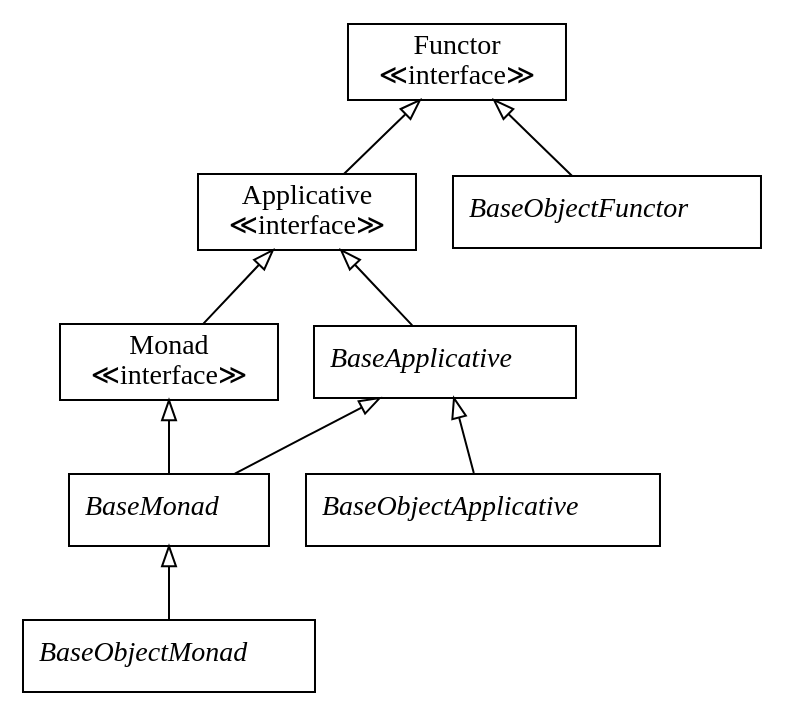
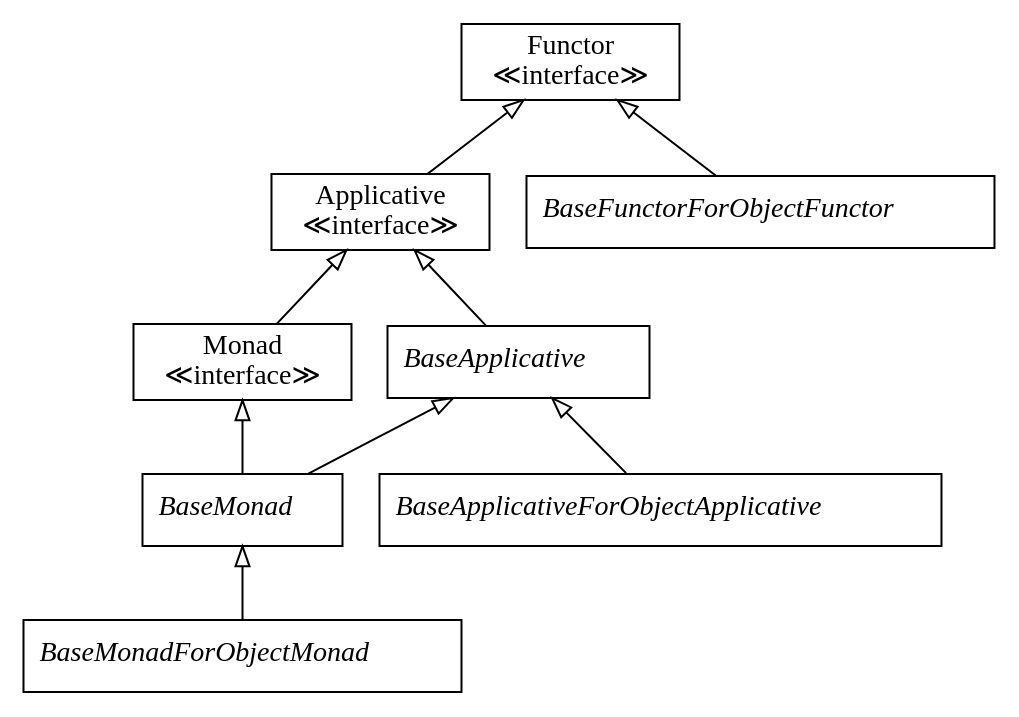
The diagram in docs/img/dot/typeclasses-impl.dot (tmciver/functional-php), drawn with Graphviz before and after one commit. The commit also changed 12 other files, not shown here.

Commit message:
Rename some of the classes involved with implementing Functor-Applicative- Monad interfaces. Update architecture diagrams.

```diff
--- a/docs/img/dot/typeclasses-impl.dot
+++ b/docs/img/dot/typeclasses-impl.dot
@@ -1,54 +1,54 @@
 digraph Typeclasses {
         node [
              shape = "record"
         ]
 
         edge [
              arrowtail = "empty"
         ]
 
         Functor [
              label = "Functor\n&#x226a;interface&#x226b;"
         ]
 
         Applicative [
              label = "Applicative\n&#x226a;interface&#x226b;"
         ]
 
         Monad [
              label = "Monad\n&#x226a;interface&#x226b;"
         ]
 
         BaseApplicative [
              label = <{<i>BaseApplicative</i>}>
         ]
 
         BaseMonad [
              label = <{<i>BaseMonad</i>}>
         ]
 
-        BaseObjectFunctor [
-             label = <{<i>BaseObjectFunctor</i>}>
+        BaseFunctorForObjectFunctor [
+             label = <{<i>BaseFunctorForObjectFunctor</i>}>
         ]
 
-        BaseObjectApplicative [
-             label = <{<i>BaseObjectApplicative</i>}>
+        BaseApplicativeForObjectApplicative [
+             label = <{<i>BaseApplicativeForObjectApplicative</i>}>
         ]
 
-        BaseObjectMonad [
-             label = <{<i>BaseObjectMonad</i>}>
+        BaseMonadForObjectMonad [
+             label = <{<i>BaseMonadForObjectMonad</i>}>
         ]
 
         Functor -> Applicative [dir = back]
         Applicative -> Monad [dir = back]
         Applicative -> BaseApplicative [dir = back]
 
         BaseApplicative -> BaseMonad [dir = back]
         Monad -> BaseMonad [dir = back]
 
-        Functor -> BaseObjectFunctor [dir = back]
+        Functor -> BaseFunctorForObjectFunctor [dir = back]
 
-        BaseApplicative -> BaseObjectApplicative [dir = back]
+        BaseApplicative -> BaseApplicativeForObjectApplicative [dir = back]
 
-        BaseMonad -> BaseObjectMonad [dir = back]
+        BaseMonad -> BaseMonadForObjectMonad [dir = back]
 }
```
